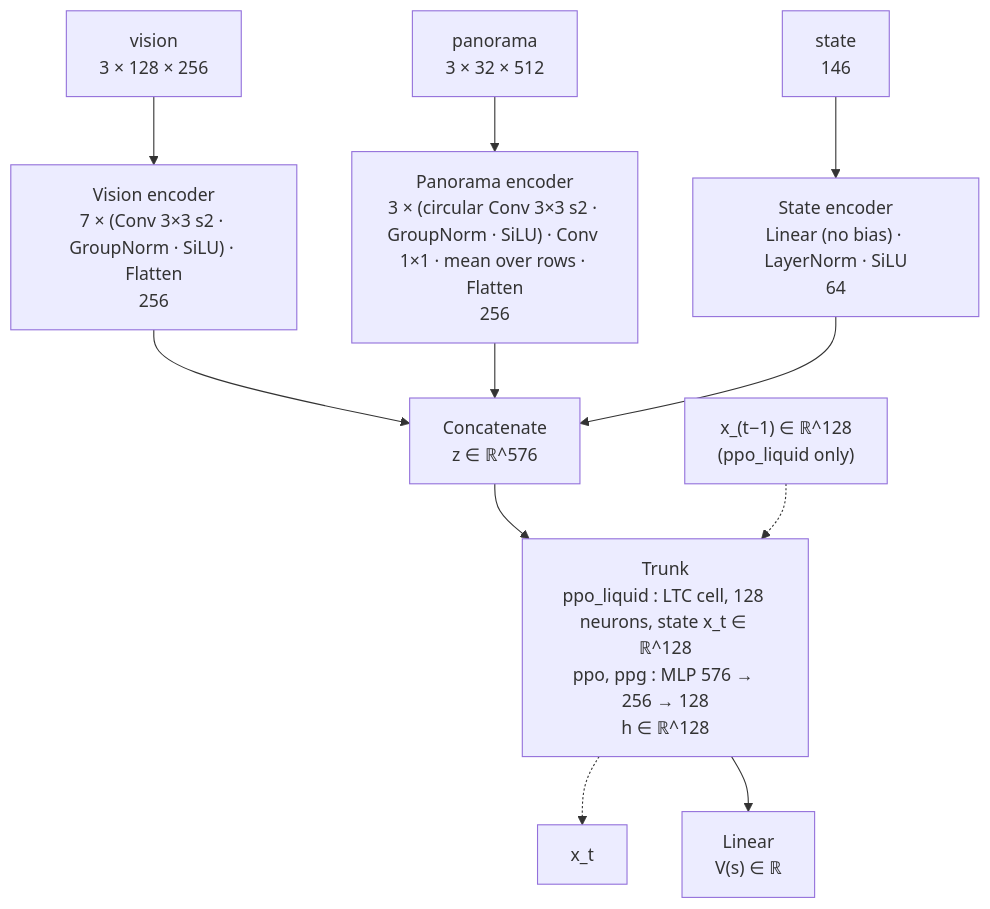
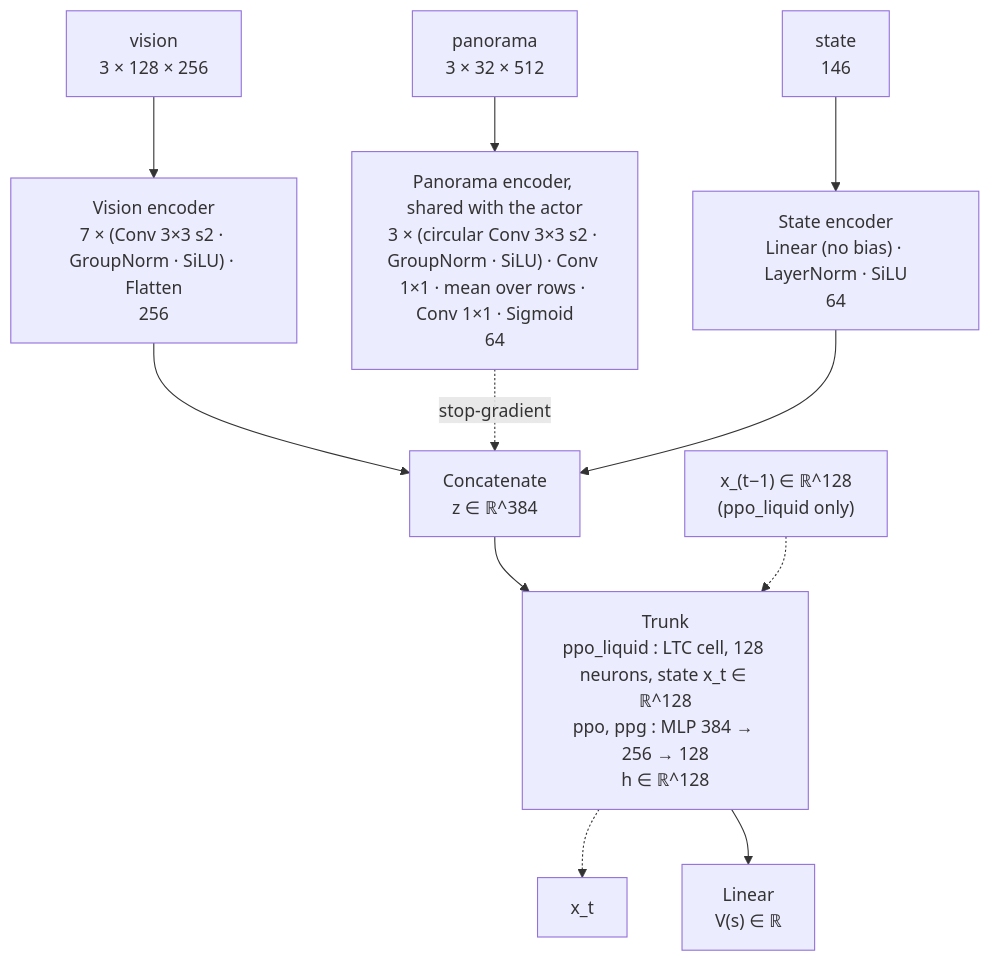
Before and after one commit to Ipsedo/ArenAI: the second of 4 diagrams in docs/neural_architecture.md, drawn with Mermaid. The commit also changed other lines of this file and 62 other files, not shown here.

Commit message:
feat(agent): train a shared panorama encoder by an enemy-visibility mask

````diff
--- a/docs/neural_architecture.md
+++ b/docs/neural_architecture.md
@@ -89,16 +97,16 @@
 ```mermaid
 flowchart TB
     V["vision<br/>3 × 128 × 256"] --> VE["Vision encoder<br/>7 × (Conv 3×3 s2 · GroupNorm · SiLU) · Flatten<br/>256"]
-    P["panorama<br/>3 × 32 × 512"] --> PE["Panorama encoder<br/>3 × (circular Conv 3×3 s2 · GroupNorm · SiLU) · Conv 1×1 · mean over rows · Flatten<br/>256"]
+    P["panorama<br/>3 × 32 × 512"] --> PE["Panorama encoder, shared with the actor<br/>3 × (circular Conv 3×3 s2 · GroupNorm · SiLU) · Conv 1×1 · mean over rows · Conv 1×1 · Sigmoid<br/>64"]
     S["state<br/>146"] --> SE["State encoder<br/>Linear (no bias) · LayerNorm · SiLU<br/>64"]
 
-    VE --> CAT["Concatenate<br/>z ∈ ℝ^576"]
-    PE --> CAT
+    VE --> CAT["Concatenate<br/>z ∈ ℝ^384"]
+    PE -. "stop-gradient" .-> CAT
     SE --> CAT
 
-    CAT --> TRUNK["Trunk<br/>ppo_liquid : LTC cell, 128 neurons, state x_t ∈ ℝ^128<br/>ppo, ppg : MLP 576 → 256 → 128<br/>h ∈ ℝ^128"]
+    CAT --> TRUNK["Trunk<br/>ppo_liquid : LTC cell, 128 neurons, state x_t ∈ ℝ^128<br/>ppo, ppg : MLP 384 → 256 → 128<br/>h ∈ ℝ^128"]
     X["x_(t−1) ∈ ℝ^128<br/>(ppo_liquid only)"] -.-> TRUNK
     TRUNK -.-> XN["x_t"]
 
     TRUNK --> VAL["Linear<br/>V(s) ∈ ℝ"]
 ```
````
